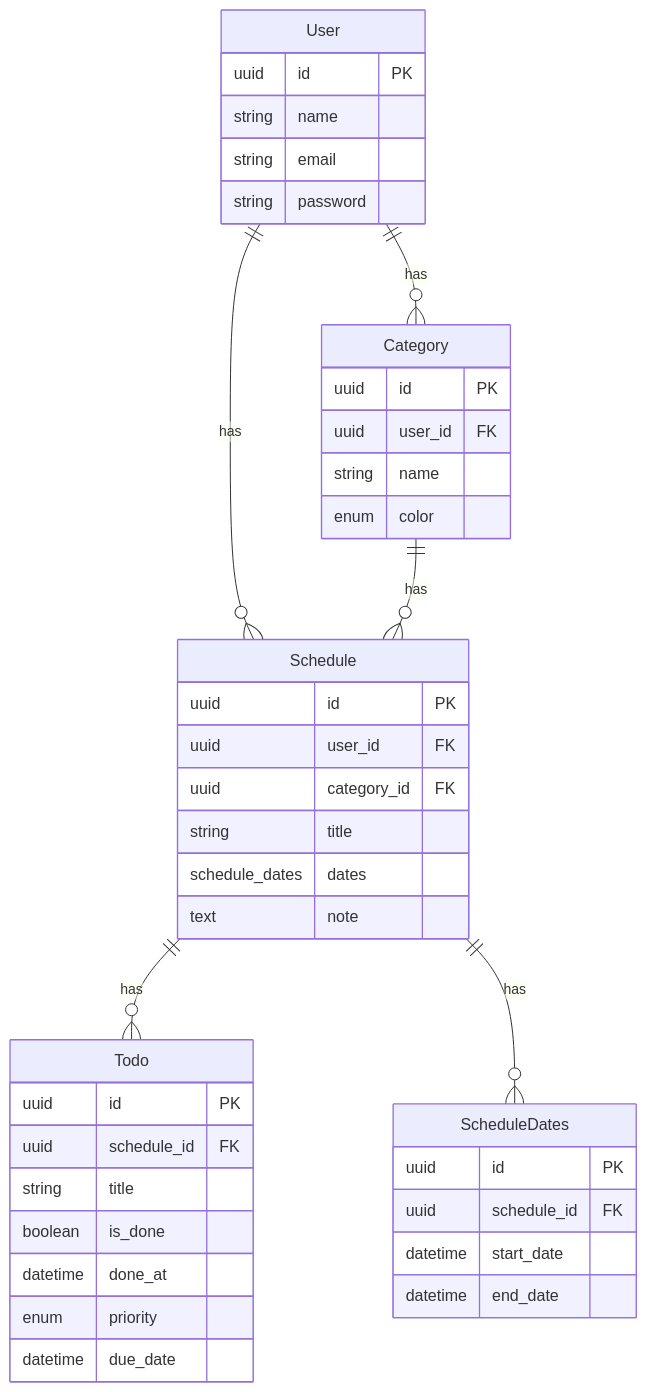
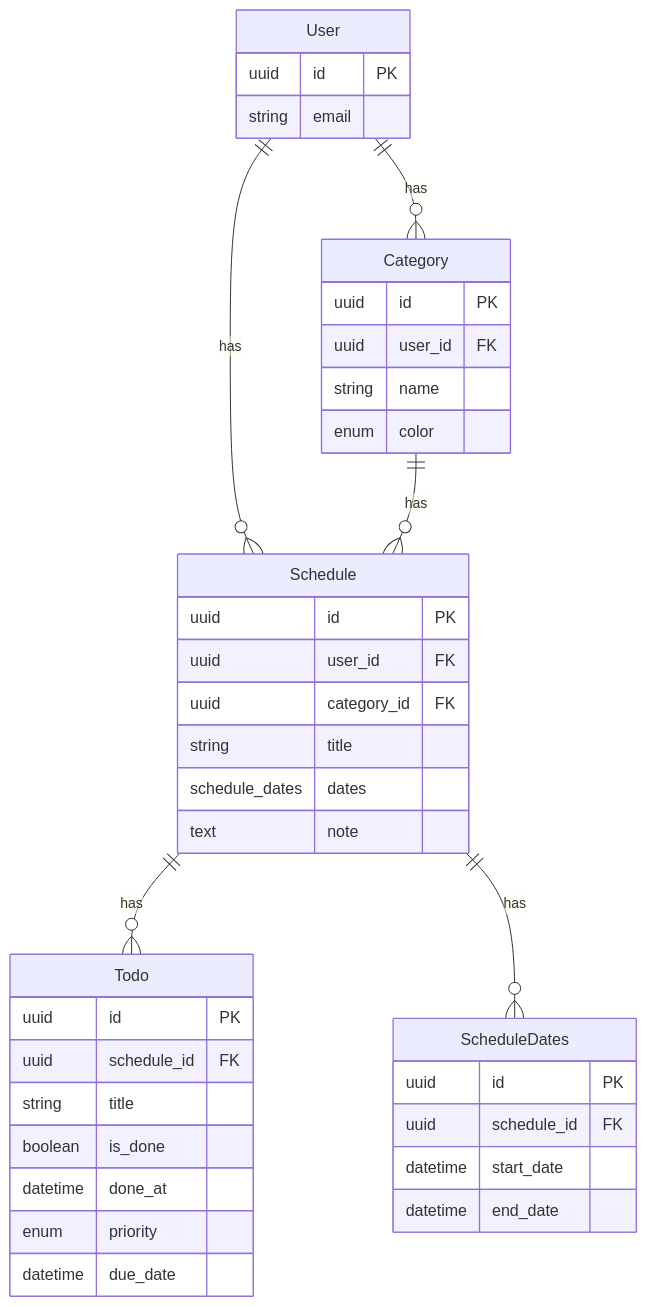
Before and after one commit to o289/schedule_app: the second of 2 diagrams in README.md, drawn with Mermaid. The commit also changed other lines of this file and 12 other files, not shown here.

````diff
--- a/README.md
+++ b/README.md
@@ -42,48 +87,46 @@
 ```mermaid
 erDiagram
     User ||--o{ Category : has
     User ||--o{ Schedule : has
     Category ||--o{ Schedule : has
     Schedule ||--o{ Todo : has
-	Schedule ||--o{ ScheduleDates : has
+	  Schedule ||--o{ ScheduleDates : has
 
     User {
       uuid id PK
-      string name
       string email
-      string password
     }
 
     Category {
       uuid id PK
       uuid user_id FK
       string name
       enum color
     }
 
     Schedule {
       uuid id PK
       uuid user_id FK
       uuid category_id FK
       string title
 	    schedule_dates dates
       text note
     }
 
-	ScheduleDates {
+	  ScheduleDates {
       uuid id PK
       uuid schedule_id FK
       datetime start_date
       datetime end_date
     }
 
     Todo {
       uuid id PK
       uuid schedule_id FK
       string title
       boolean is_done
       datetime done_at
       enum priority
       datetime due_date
     }
 ```
````
